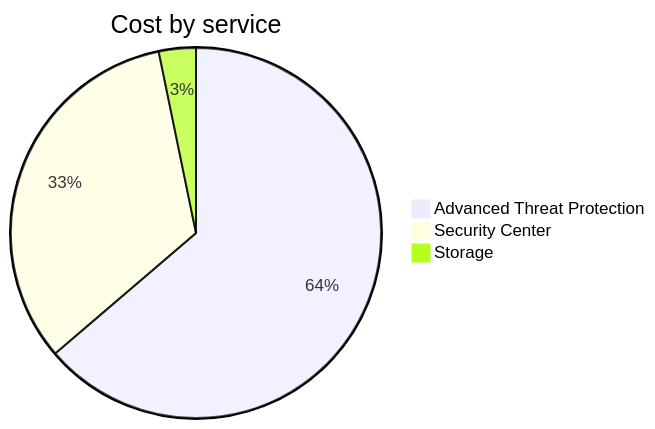
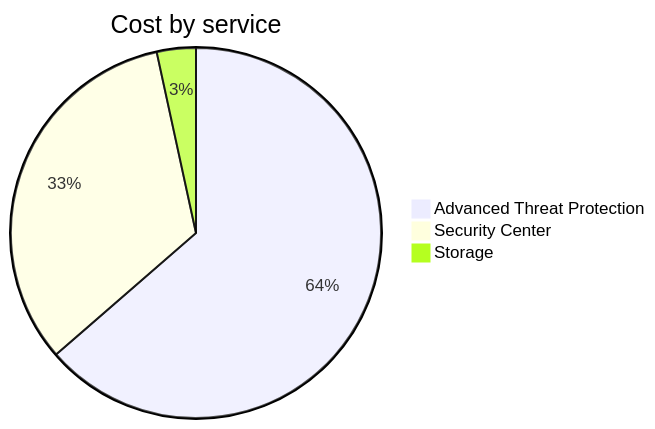
Before and after one commit to jpfulton/azure-personal-reports: the second of 4 diagrams in cost-reports/cloud-shell-storage-eastus/README.md, drawn with Mermaid. The commit also changed other lines of this file and 1 other file, not shown here.

````diff
--- a/cost-reports/cloud-shell-storage-eastus/README.md
+++ b/cost-reports/cloud-shell-storage-eastus/README.md
@@ -95,7 +95,7 @@
 ```mermaid
 pie
    title Cost by service
    "Advanced Threat Protection" : 3.55
    "Security Center" : 1.84
-   "Storage" : 0.18
+   "Storage" : 0.19
 ```
````
